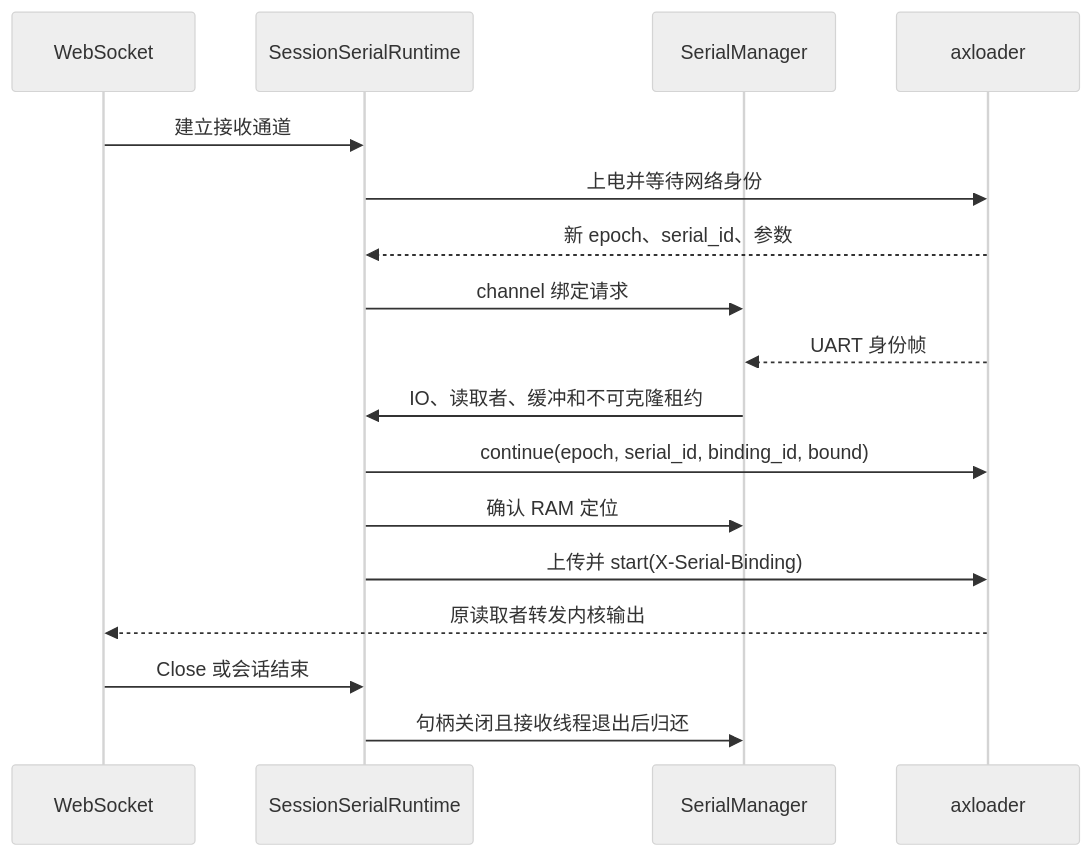
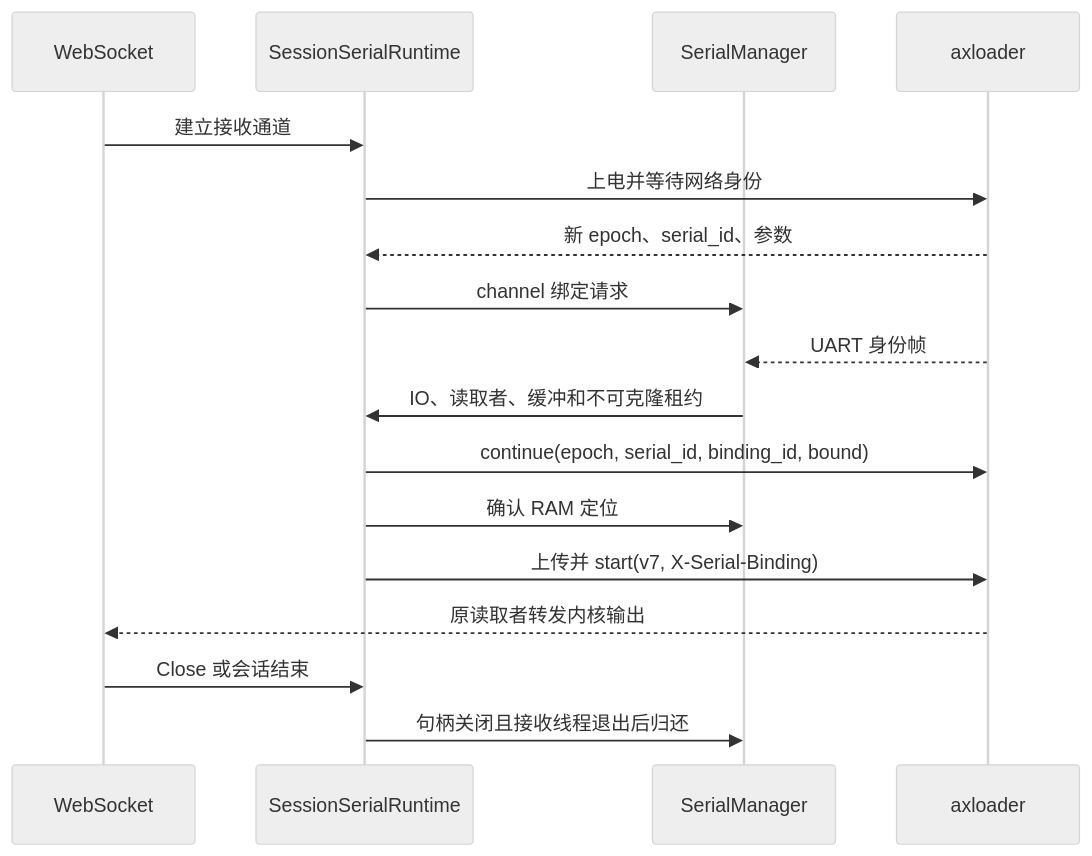
Before and after one commit to drivercraft/ostool: the diagram in docs/axloader-serial-ownership.md, drawn with Mermaid (neutral theme). The commit also changed other lines of this file and 44 other files, not shown here.

First line of the commit message:
feat(httpboot): adopt architecture-agnostic device protocol v7 (#218)

````diff
--- a/docs/axloader-serial-ownership.md
+++ b/docs/axloader-serial-ownership.md
@@ -43,19 +43,19 @@
 ```mermaid
 sequenceDiagram
     participant W as WebSocket
     participant S as SessionSerialRuntime
     participant M as SerialManager
     participant L as axloader
     W->>S: 建立接收通道
     S->>L: 上电并等待网络身份
     L-->>S: 新 epoch、serial_id、参数
     S->>M: channel 绑定请求
     L-->>M: UART 身份帧
     M->>S: IO、读取者、缓冲和不可克隆租约
     S->>L: continue(epoch, serial_id, binding_id, bound)
     S->>M: 确认 RAM 定位
-    S->>L: 上传并 start(X-Serial-Binding)
+    S->>L: 上传并 start(v7, X-Serial-Binding)
     L-->>W: 原读取者转发内核输出
     W->>S: Close 或会话结束
     S->>M: 句柄关闭且接收线程退出后归还
 ```
````
